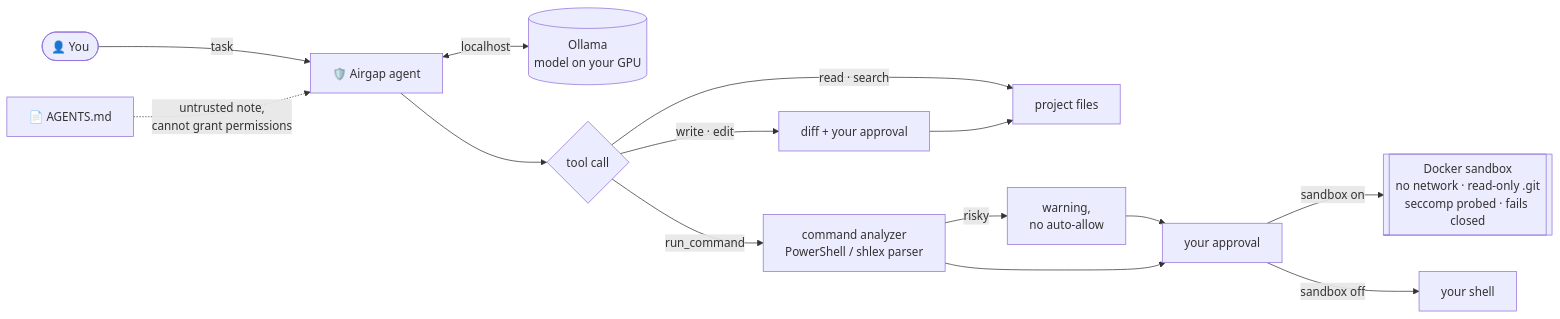
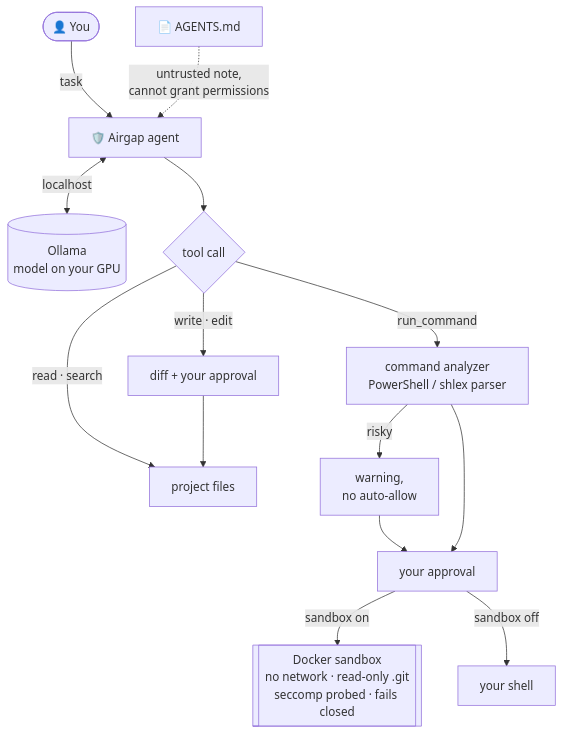
Before and after one commit to cybergah/airgap: the diagram in README.md, drawn with Mermaid.

Commit message:
README: top-down architecture diagram for readability

````diff
--- a/README.md
+++ b/README.md
@@ -21,14 +21,14 @@
 ```mermaid
-flowchart LR
+flowchart TD
     U(["👤 You"]) -->|task| A["🛡️ Airgap agent"]
     A <-->|localhost| O[("Ollama<br/>model on your GPU")]
     N["📄 AGENTS.md"] -.->|untrusted note,<br/>cannot grant permissions| A
     A --> T{"tool call"}
     T -->|read · search| F["project files"]
     T -->|write · edit| D["diff + your approval"] --> F
     T -->|run_command| C["command analyzer<br/>PowerShell / shlex parser"]
     C -->|risky| R["warning,<br/>no auto-allow"] --> AP
     C --> AP["your approval"]
     AP -->|sandbox on| S[["Docker sandbox<br/>no network · read-only .git<br/>seccomp probed · fails closed"]]
     AP -->|sandbox off| H["your shell"]
 ```
````
